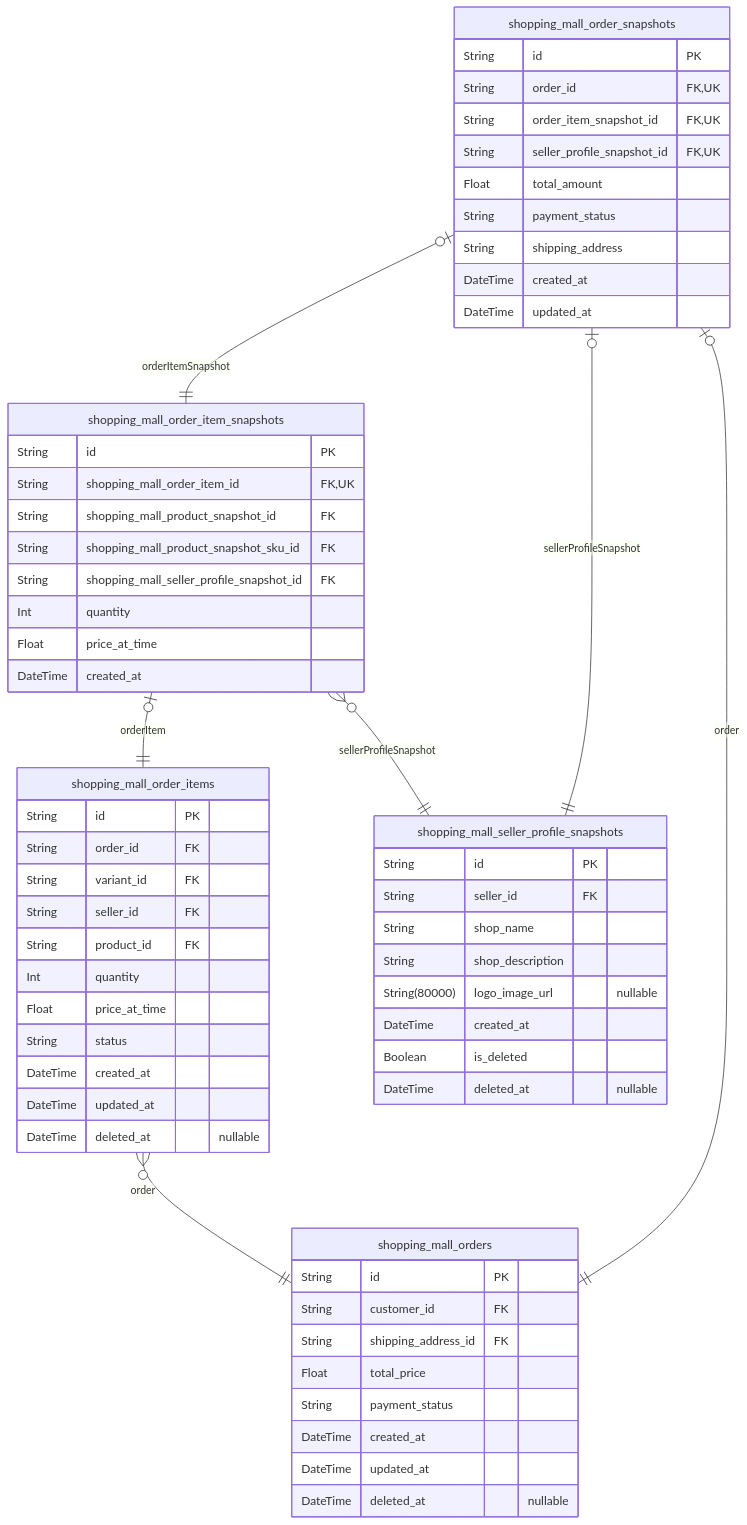
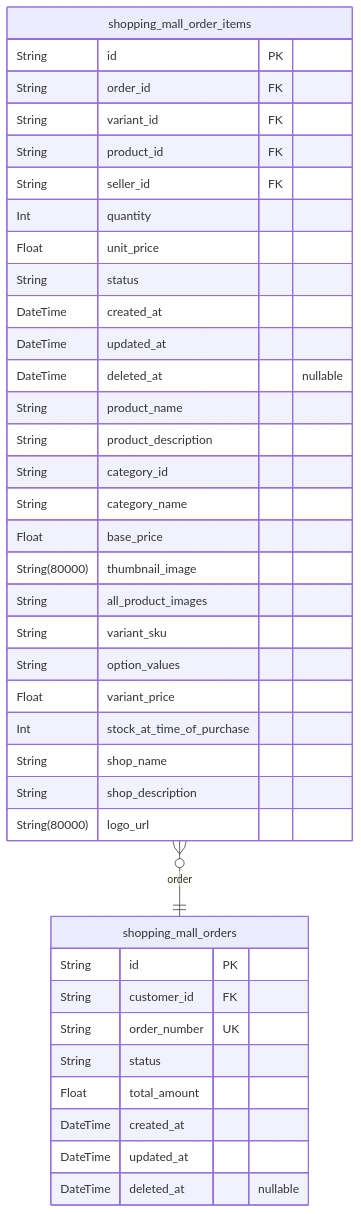
The sixth of 12 diagrams in qwen/qwen3-next-80b-a3b-instruct/shopping/docs/ERD.md (wrtnlabs/autobe-examples), drawn with Mermaid before and after one commit. The commit also changed other lines of this file and 11104 other files, not shown here.

````diff
--- a/qwen/qwen3-next-80b-a3b-instruct/shopping/docs/ERD.md
+++ b/qwen/qwen3-next-80b-a3b-instruct/shopping/docs/ERD.md
@@ -1620,63 +1007,41 @@
 ```mermaid
 erDiagram
 "shopping_mall_orders" {
   String id PK
   String customer_id FK
-  String shipping_address_id FK
-  Float total_price
-  String payment_status
+  String order_number UK
+  String status
+  Float total_amount
   DateTime created_at
   DateTime updated_at
   DateTime deleted_at "nullable"
 }
 "shopping_mall_order_items" {
   String id PK
   String order_id FK
   String variant_id FK
+  String product_id FK
   String seller_id FK
-  String product_id FK
   Int quantity
-  Float price_at_time
+  Float unit_price
   String status
   DateTime created_at
   DateTime updated_at
   DateTime deleted_at "nullable"
-}
-"shopping_mall_order_item_snapshots" {
-  String id PK
-  String shopping_mall_order_item_id FK,UK
-  String shopping_mall_product_snapshot_id FK
-  String shopping_mall_product_snapshot_sku_id FK
-  String shopping_mall_seller_profile_snapshot_id FK
-  Int quantity
-  Float price_at_time
-  DateTime created_at
-}
-"shopping_mall_seller_profile_snapshots" {
-  String id PK
-  String seller_id FK
+  String product_name
+  String product_description
+  String category_id
+  String category_name
+  Float base_price
+  String(80000) thumbnail_image
+  String all_product_images
+  String variant_sku
+  String option_values
+  Float variant_price
+  Int stock_at_time_of_purchase
   String shop_name
   String shop_description
-  String(80000) logo_image_url "nullable"
-  DateTime created_at
-  Boolean is_deleted
-  DateTime deleted_at "nullable"
-}
-"shopping_mall_order_snapshots" {
-  String id PK
-  String order_id FK,UK
-  String order_item_snapshot_id FK,UK
-  String seller_profile_snapshot_id FK,UK
-  Float total_amount
-  String payment_status
-  String shipping_address
-  DateTime created_at
-  DateTime updated_at
+  String(80000) logo_url
 }
 "shopping_mall_order_items" }o--|| "shopping_mall_orders" : order
-"shopping_mall_order_item_snapshots" |o--|| "shopping_mall_order_items" : orderItem
-"shopping_mall_order_item_snapshots" }o--|| "shopping_mall_seller_profile_snapshots" : sellerProfileSnapshot
-"shopping_mall_order_snapshots" |o--|| "shopping_mall_orders" : order
-"shopping_mall_order_snapshots" |o--|| "shopping_mall_order_item_snapshots" : orderItemSnapshot
-"shopping_mall_order_snapshots" |o--|| "shopping_mall_seller_profile_snapshots" : sellerProfileSnapshot
 ```
````
